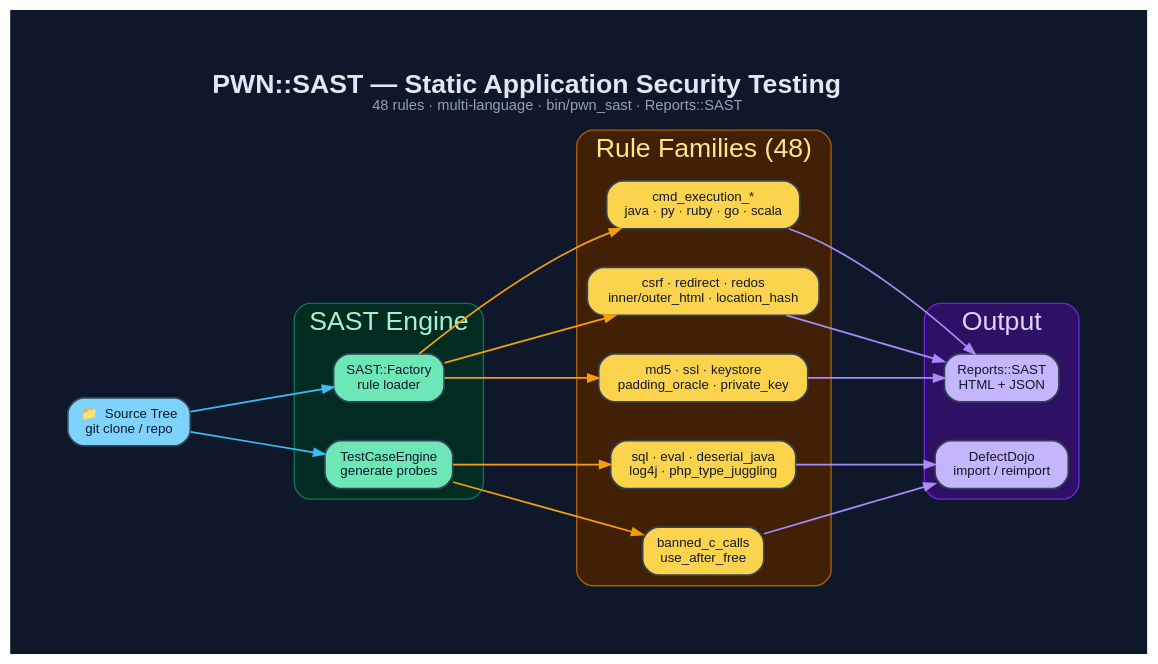
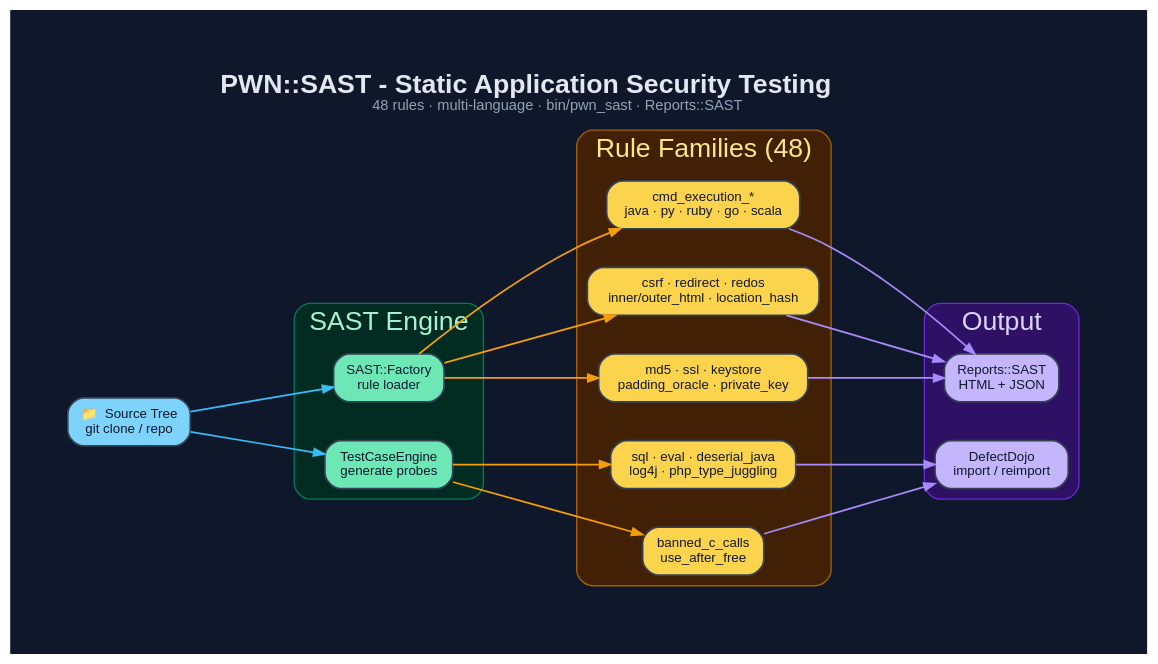
One commit to 0dayInc/pwn changed the diagram in documentation/diagrams/dot/code-scanning-sast.dot. Above: the diagram before and after it, drawn with Graphviz. The commit also changed 94 other files, not shown here.

```diff
--- a/documentation/diagrams/dot/code-scanning-sast.dot
+++ b/documentation/diagrams/dot/code-scanning-sast.dot
@@ -1,49 +1,49 @@
 digraph "PWN_SAST" {
   graph [
-    label=<<B>PWN::SAST — Static Application Security Testing</B><BR/><FONT POINT-SIZE="11" COLOR="#94a3b8">48 rules · multi-language · bin/pwn_sast · Reports::SAST</FONT>>,
+    label=<<B>PWN::SAST - Static Application Security Testing</B><BR/><FONT POINT-SIZE="11" COLOR="#94a3b8">48 rules · multi-language · bin/pwn_sast · Reports::SAST</FONT>>,
     labelloc=t, fontsize=20, fontname="Helvetica",
     rankdir=LR, splines=spline, nodesep=0.4, ranksep=1.2,
     bgcolor="#0f172a", fontcolor="#e2e8f0", pad=0.6, newrank=true
   ];
   node [fontname="Helvetica", fontsize=10, style="filled,rounded",
         shape=box, penwidth=1.3, color="#334155", fontcolor="#0f172a"];
   edge [fontname="Helvetica", fontsize=9, color="#94a3b8",
         fontcolor="#cbd5e1", penwidth=1.3, arrowsize=0.8];
 
   Src [label="📁  Source Tree\ngit clone / repo", fillcolor="#7dd3fc"];
 
   subgraph cluster_engine {
     label="SAST Engine"; fontcolor="#a7f3d0"; style=rounded;
     color="#047857"; bgcolor="#022c22";
     Factory [label="SAST::Factory\nrule loader",       fillcolor="#6ee7b7"];
     TCE     [label="TestCaseEngine\ngenerate probes",   fillcolor="#6ee7b7"];
   }
   subgraph cluster_rules {
     label="Rule Families (48)"; fontcolor="#fde68a"; style=rounded;
     color="#a16207"; bgcolor="#422006";
     Cmd  [label="cmd_execution_*\njava · py · ruby · go · scala", fillcolor="#fcd34d"];
     Web  [label="csrf · redirect · redos\ninner/outer_html · location_hash", fillcolor="#fcd34d"];
     Cryp [label="md5 · ssl · keystore\npadding_oracle · private_key", fillcolor="#fcd34d"];
     Data [label="sql · eval · deserial_java\nlog4j · php_type_juggling", fillcolor="#fcd34d"];
     Mem  [label="banned_c_calls\nuse_after_free",                       fillcolor="#fcd34d"];
   }
   subgraph cluster_out {
     label="Output"; fontcolor="#ddd6fe"; style=rounded;
     color="#6d28d9"; bgcolor="#2e1065";
     Report [label="Reports::SAST\nHTML + JSON",   fillcolor="#c4b5fd"];
     DD     [label="DefectDojo\nimport / reimport", fillcolor="#c4b5fd"];
   }
 
   Src -> Factory [color="#38bdf8"];
   Src -> TCE     [color="#38bdf8"];
   Factory -> Cmd  [color="#f59e0b"];
   Factory -> Web  [color="#f59e0b"];
   Factory -> Cryp [color="#f59e0b"];
   TCE     -> Data [color="#f59e0b"];
   TCE     -> Mem  [color="#f59e0b"];
   Cmd  -> Report [color="#a78bfa"];
   Web  -> Report [color="#a78bfa"];
   Cryp -> Report [color="#a78bfa"];
   Data -> DD     [color="#a78bfa"];
   Mem  -> DD     [color="#a78bfa"];
 }
```
